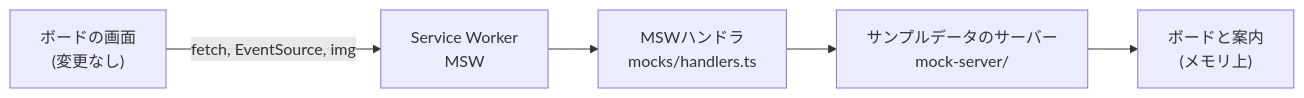
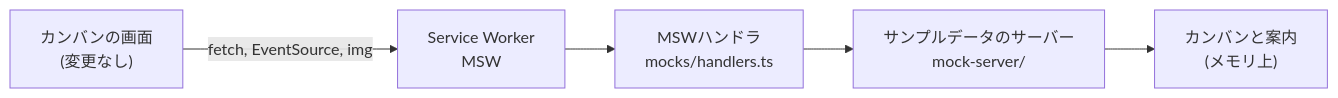
The diagram in docs/ja/dev/concepts/demo.md (FooQoo/agent-project), drawn with Mermaid before and after one commit. The commit also changed other lines of this file and 22 other files, not shown here.

````diff
--- a/docs/ja/dev/concepts/demo.md
+++ b/docs/ja/dev/concepts/demo.md
@@ -9,7 +9,7 @@
 ```mermaid
 flowchart LR
-    Screens["ボードの画面<br/>(変更なし)"] -->|"fetch, EventSource, img"| Worker["Service Worker<br/>MSW"]
+    Screens["カンバンの画面<br/>(変更なし)"] -->|"fetch, EventSource, img"| Worker["Service Worker<br/>MSW"]
     Worker --> Handlers["MSWハンドラ<br/>mocks/handlers.ts"]
     Handlers --> Core["サンプルデータのサーバー<br/>mock-server/"]
-    Core --> Boards["ボードと案内<br/>(メモリ上)"]
+    Core --> Boards["カンバンと案内<br/>(メモリ上)"]
 ```
````
